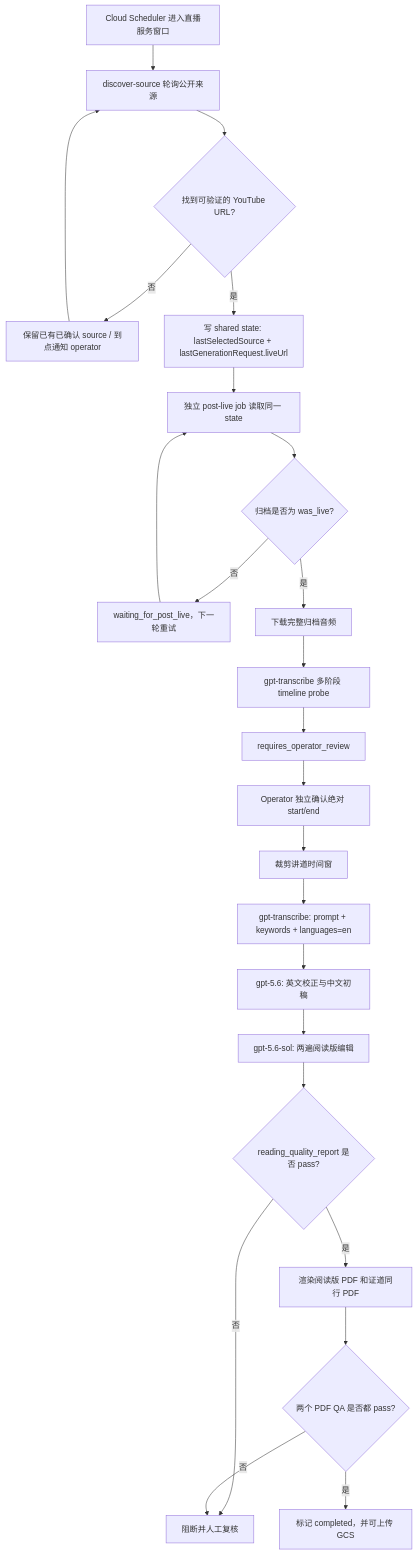
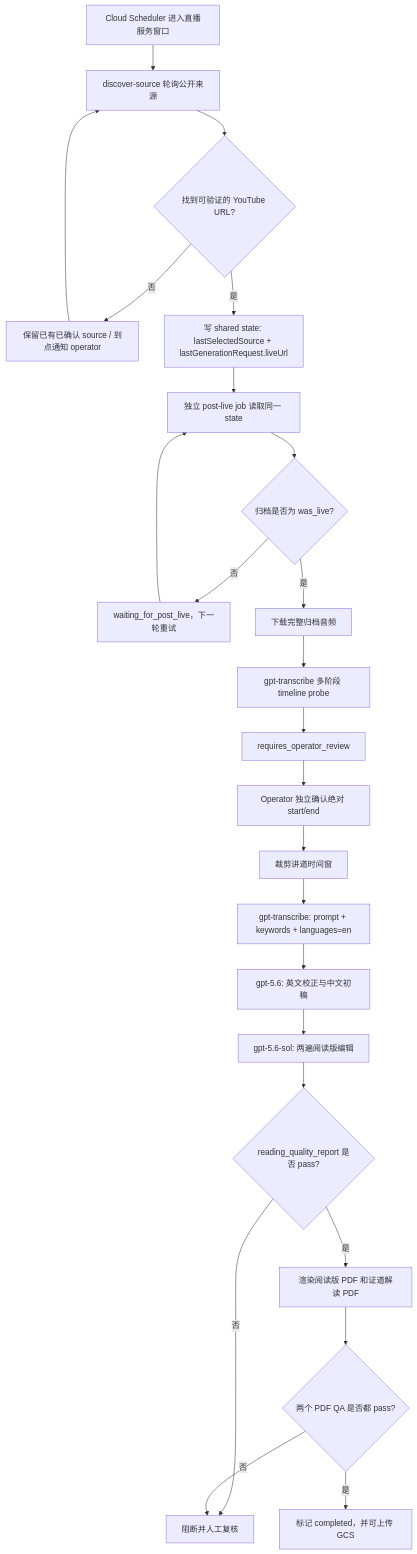
The diagram in README.zh.md (JonathanJing/sermon-video-zh-subtitles), drawn with Mermaid before and after one commit. The commit also changed other lines of this file and 23 other files, not shown here.

````diff
--- a/README.zh.md
+++ b/README.zh.md
@@ -57,26 +57,26 @@
 ```mermaid
 flowchart TD
     A[Cloud Scheduler 进入直播服务窗口] --> B[discover-source 轮询公开来源]
     B --> C{找到可验证的 YouTube URL?}
     C -- 否 --> D[保留已有已确认 source / 到点通知 operator]
     C -- 是 --> E["写 shared state: lastSelectedSource + lastGenerationRequest.liveUrl"]
     D --> B
     E --> F[独立 post-live job 读取同一 state]
     F --> G{归档是否为 was_live?}
     G -- 否 --> H[waiting_for_post_live，下一轮重试]
     H --> F
     G -- 是 --> I[下载完整归档音频]
     I --> J[gpt-transcribe 多阶段 timeline probe]
     J --> K[requires_operator_review]
     K --> L[Operator 独立确认绝对 start/end]
     L --> M[裁剪讲道时间窗]
     M --> N["gpt-transcribe: prompt + keywords + languages=en"]
     N --> O["gpt-5.6: 英文校正与中文初稿"]
     O --> P["gpt-5.6-sol: 两遍阅读版编辑"]
     P --> Q{reading_quality_report 是否 pass?}
     Q -- 否 --> R[阻断并人工复核]
-    Q -- 是 --> S[渲染阅读版 PDF 和证道同行 PDF]
+    Q -- 是 --> S[渲染阅读版 PDF 和证道解读 PDF]
     S --> T{两个 PDF QA 是否都 pass?}
     T -- 否 --> R
     T -- 是 --> U[标记 completed，并可上传 GCS]
 ```
````
